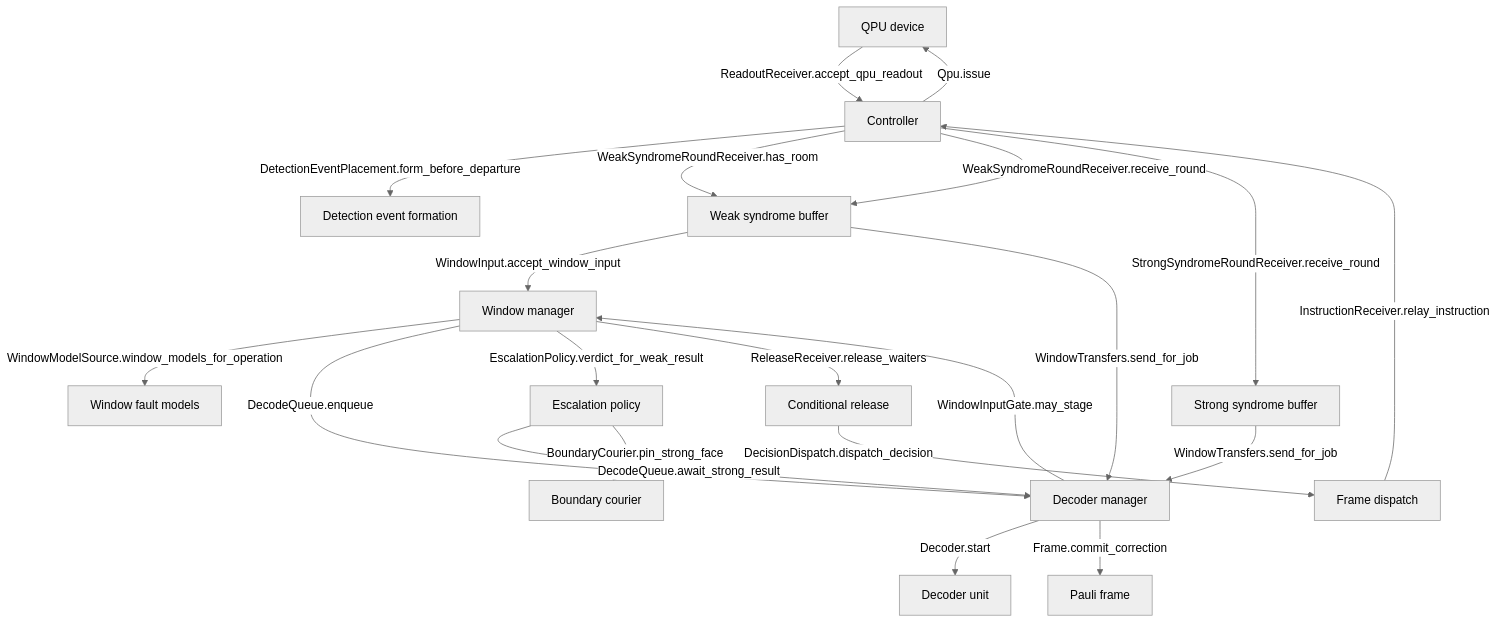
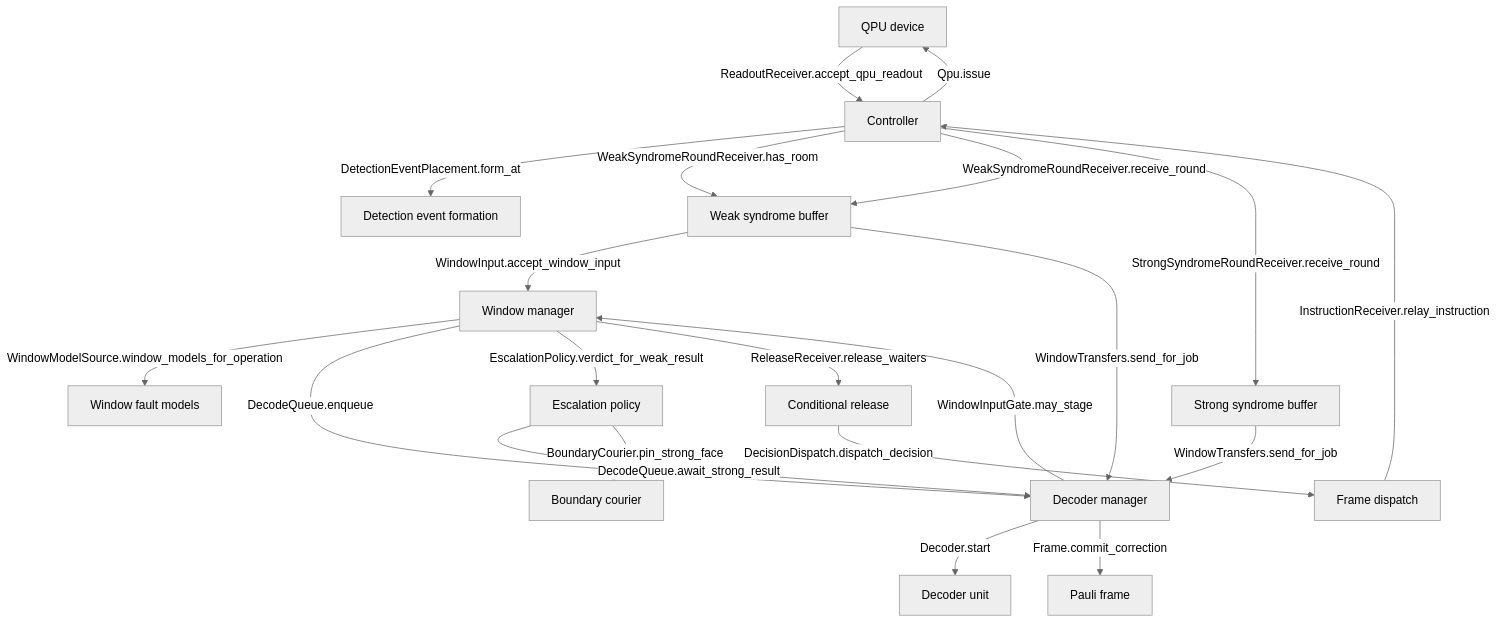
One commit to Subashkatel/decsim changed the diagram in docs/explanation/architecture.md. Above: the diagram before and after it, drawn with Mermaid (neutral theme). The commit also changed other lines of this file and 72 other files, not shown here.

First line of the commit message:
detector_error_model: form detection events at a list of seats

````diff
--- a/docs/explanation/architecture.md
+++ b/docs/explanation/architecture.md
@@ -40,37 +40,37 @@
 ```mermaid
 graph TD
     %% Qpu = qpu
     %% Controller = controller
     %% Formation = detector_error_model
     %% WeakBuffer = syndrome_buffer
     %% StrongBuffer = syndrome_buffer
     %% Windows = windows
     %% Models = qpu
     %% Decoders = decoders
     %% Unit = decoders
     %% Escalation = escalation
     %% Courier = windows
     %% Frame = pauli_frame
     %% Release = controller
     %% Dispatch = pauli_frame
     Qpu["QPU device"] -->|"ReadoutReceiver.accept_qpu_readout"| Controller
-    Controller -->|"DetectionEventPlacement.form_before_departure"| Formation["Detection event formation"]
+    Controller -->|"DetectionEventPlacement.form_at"| Formation["Detection event formation"]
     Controller -->|"WeakSyndromeRoundReceiver.has_room"| WeakBuffer["Weak syndrome buffer"]
     Controller -->|"WeakSyndromeRoundReceiver.receive_round"| WeakBuffer
     Controller -->|"StrongSyndromeRoundReceiver.receive_round"| StrongBuffer["Strong syndrome buffer"]
     WeakBuffer -->|"WindowInput.accept_window_input"| Windows["Window manager"]
     Windows -->|"WindowModelSource.window_models_for_operation"| Models["Window fault models"]
     Windows -->|"DecodeQueue.enqueue"| Decoders["Decoder manager"]
     WeakBuffer -->|"WindowTransfers.send_for_job"| Decoders
     Decoders -->|"WindowInputGate.may_stage"| Windows
     Decoders -->|"Decoder.start"| Unit["Decoder unit"]
     Windows -->|"EscalationPolicy.verdict_for_weak_result"| Escalation["Escalation policy"]
     Escalation -->|"DecodeQueue.await_strong_result"| Decoders
     Escalation -->|"BoundaryCourier.pin_strong_face"| Courier["Boundary courier"]
     StrongBuffer -->|"WindowTransfers.send_for_job"| Decoders
     Decoders -->|"Frame.commit_correction"| Frame["Pauli frame"]
     Windows -->|"ReleaseReceiver.release_waiters"| Release["Conditional release"]
     Release -->|"DecisionDispatch.dispatch_decision"| Dispatch["Frame dispatch"]
     Dispatch -->|"InstructionReceiver.relay_instruction"| Controller
     Controller -->|"Qpu.issue"| Qpu
 ```
````
